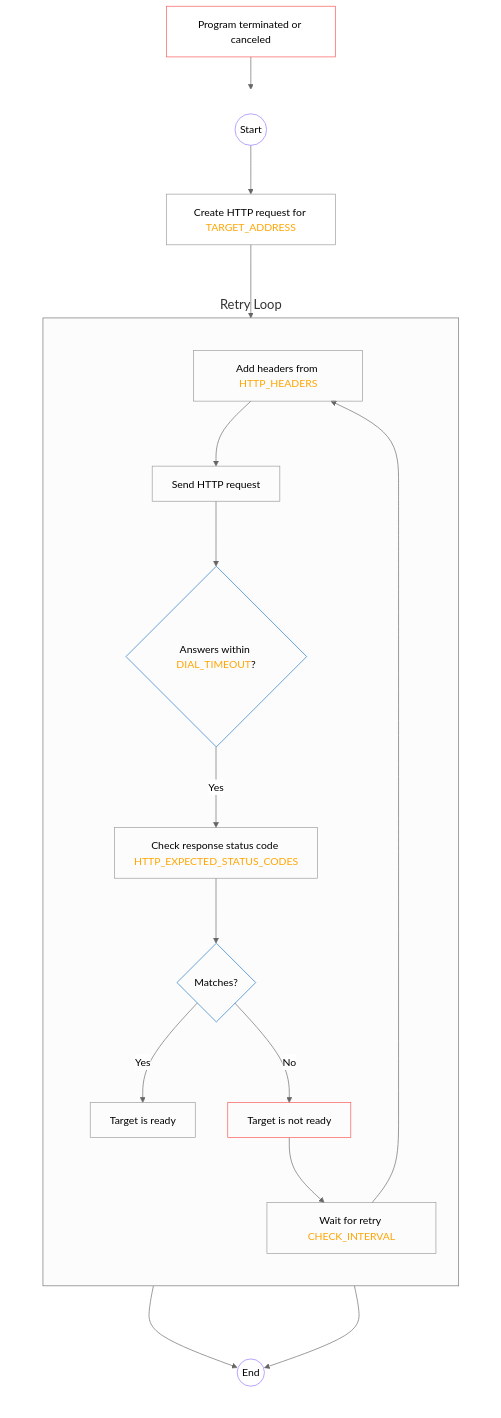
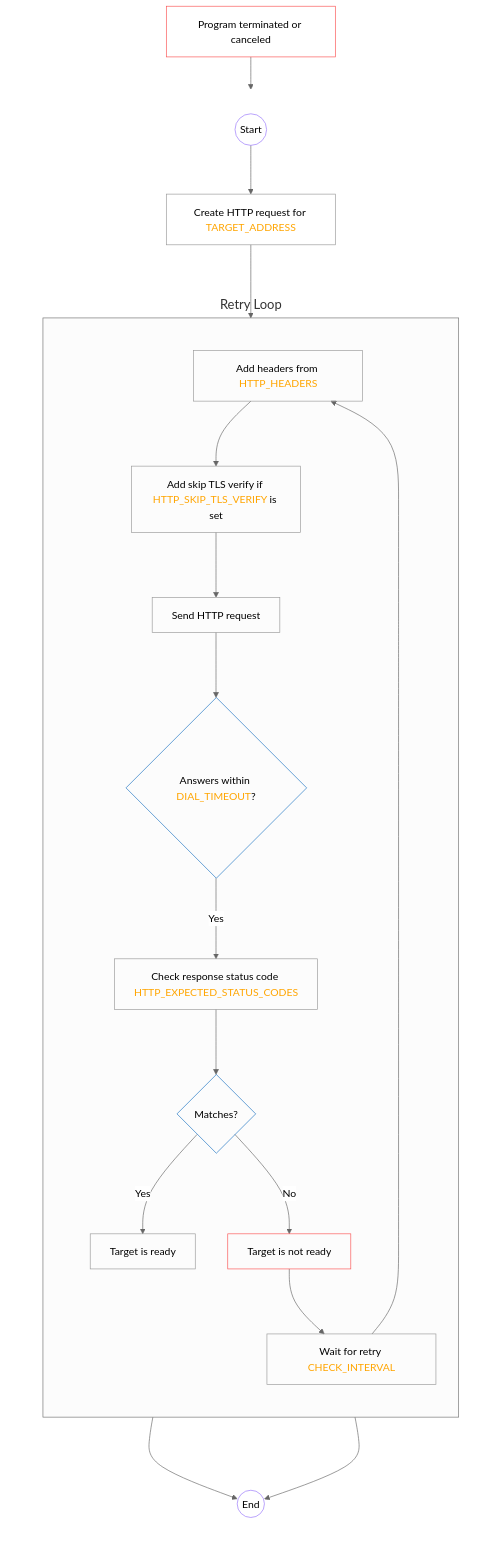
Before and after one commit to containeroo/portpatrol: the first of 2 diagrams in README.md, drawn with Mermaid (neutral theme). The commit also changed other lines of this file and 3 other files, not shown here.

Commit message:
feat: add env var HTTP_SKIP_TLS_VERIFY

````diff
--- a/README.md
+++ b/README.md
@@ -58,47 +59,48 @@
 ```mermaid
 flowchart TD;
     classDef noFill fill:none;
     classDef violet stroke:#9775fa;
     classDef green stroke:#2f9e44;
     classDef error stroke:#fa5252;
     classDef decision stroke:#1971c2;
     classDef transparent stroke:none,font-size:20px;
 
     subgraph MainFlow[ ]
         direction TB
         start((Start)) --> createRequest[Create HTTP request for <font color=orange>TARGET_ADDRESS</font>];
         class start violet;
 
         createRequest --> addHeaders[Add headers from <font color=orange>HTTP_HEADERS</font>];
+        addHeaders --> addSkipTLS[Add skip TLS verify if <font color=orange>HTTP_SKIP_TLS_VERIFY</font> is set];
 
         subgraph RetryLoop[Retry Loop]
         subgraph InnerLoop[ ]
             direction TB
-            addHeaders --> sendRequest[Send HTTP request];
+            addSkipTLS --> sendRequest[Send HTTP request];
             sendRequest --> checkTimeout{Answers within <font color=orange>DIAL_TIMEOUT</font>?};
             class checkTimeout decision;
             checkTimeout -->|Yes| checkStatusCode[Check response status code <font color=orange>HTTP_EXPECTED_STATUS_CODES</font>];
             checkStatusCode --> statusMatch{Matches?};
             class statusMatch decision;
 
             statusMatch -->|Yes| targetReady[Target is ready];
             class targetReady success;
 
             statusMatch -->|No| targetNotReady[Target is not ready];
             class targetNotReady error;
             targetNotReady --> waitRetry[Wait for retry <font color=orange>CHECK_INTERVAL</font>];
             waitRetry --> addHeaders;
         end
         end
 
         waitRetry --> processEnd((End));
         class processEnd violet;
         targetReady --> processEnd;
     end
 
     programTerminated[Program terminated or canceled] --> processEnd;
     class programTerminated error;
 
-class start,createRequest,addHeaders,sendRequest,checkTimeout,checkStatusCode,statusMatch,targetReady,targetNotReady,waitRetry,programTerminated,processEnd,MainFlow,RetryLoop noFill;
+class start,createRequest,addHeaders,addSkipTLS,sendRequest,checkTimeout,checkStatusCode,statusMatch,targetReady,targetNotReady,waitRetry,programTerminated,processEnd,MainFlow,RetryLoop noFill;
 class MainFlow,RetryLoop transparent;
 ```
````
